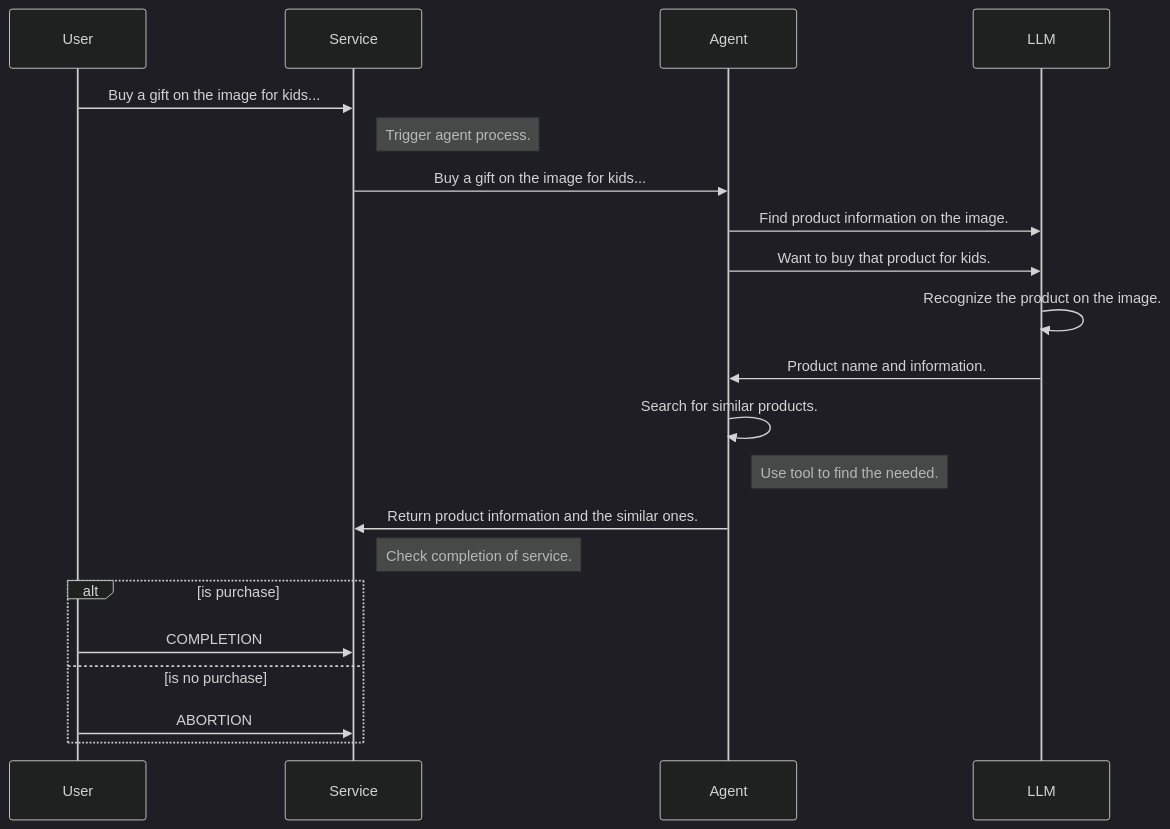
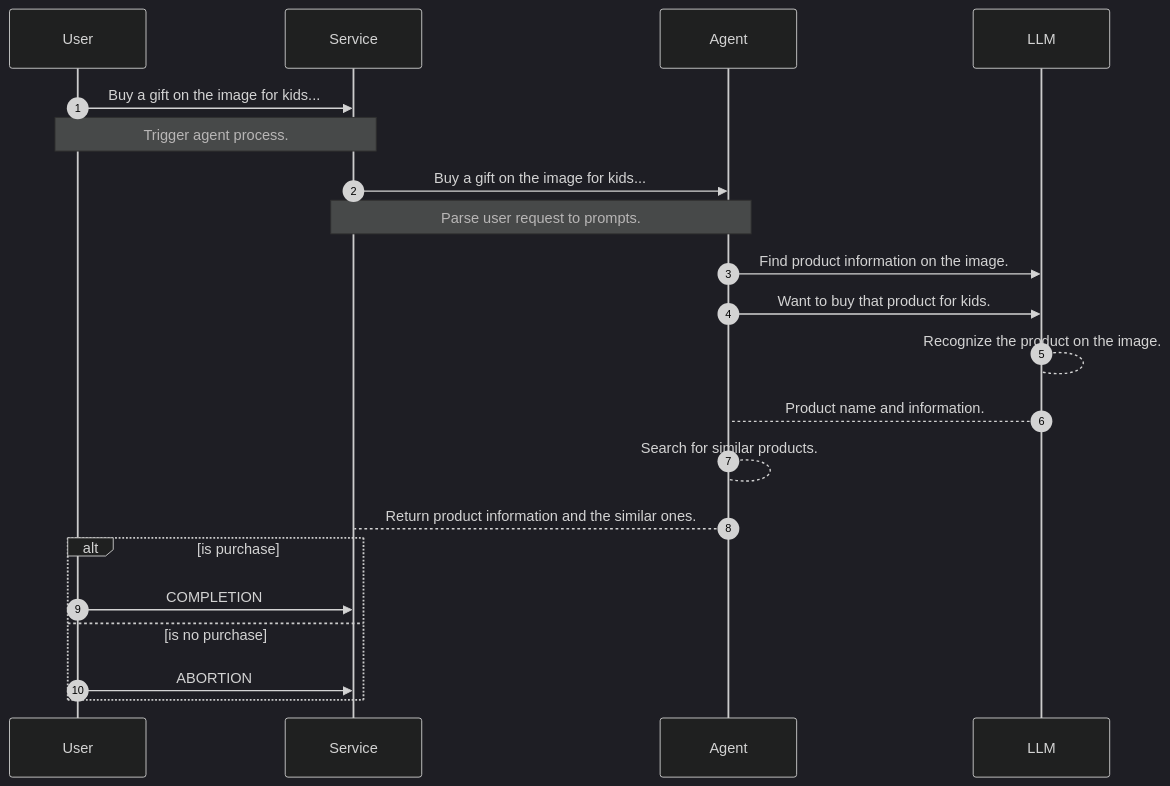
One commit to yueguoguo/yueguoguo.github.io changed the third of 4 diagrams in _posts/2024-11-31-service-as-a-software.md. Above: the diagram before and after it, drawn with Mermaid (dark theme). The commit also changed other lines of this file, not shown here.

Commit message:
update diagram

```diff
--- a/_posts/2024-11-31-service-as-a-software.md
+++ b/_posts/2024-11-31-service-as-a-software.md
@@ -173,19 +174,19 @@
 <div class="mermaid">
 sequenceDiagram
+    autonumber
     User->>Service: Buy a gift on the image for kids...
-    Note right of Service: Trigger agent process.
+    Note over User,Service: Trigger agent process.
     Service->>Agent: Buy a gift on the image for kids...
+    Note over Service,Agent: Parse user request to prompts.
     Agent->>LLM: Find product information on the image.
     Agent->>LLM: Want to buy that product for kids.
-    LLM->>LLM: Recognize the product on the image. 
-    LLM->>Agent: Product name and information.
-    Agent->>Agent: Search for similar products.
-    Note right of Agent: Use tool to find the needed.
-    Agent->>Service: Return product information and the similar ones.
-    Note right of Service: Check completion of service.
+    LLM-->LLM: Recognize the product on the image. 
+    LLM-->Agent: Product name and information.
+    Agent-->Agent: Search for similar products.
+    Agent-->Service: Return product information and the similar ones.
     alt is purchase
         User->>Service: COMPLETION
     else is no purchase
         User->>Service: ABORTION
     end
 </div>
```
